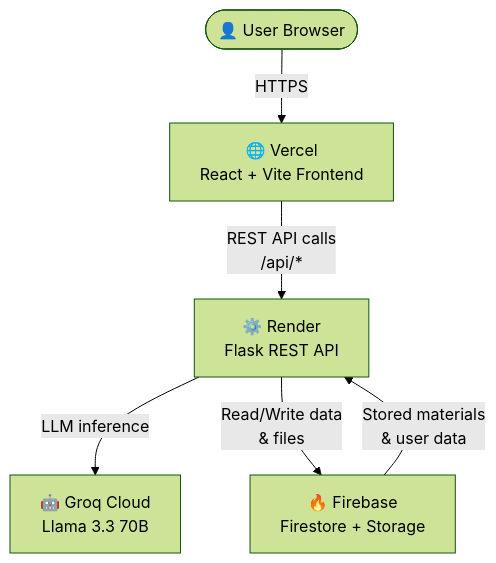
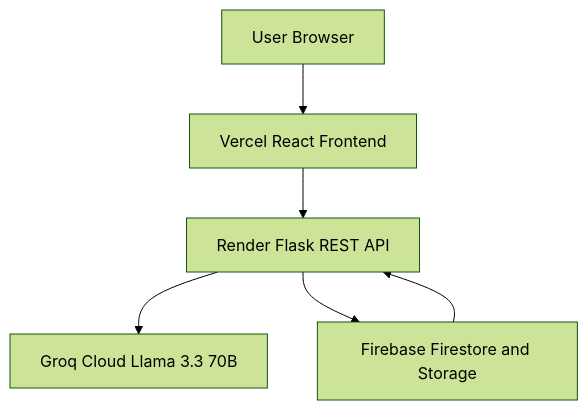
Before and after one commit to SUDHARSHANKUPPILI/StudyAI: the first of 2 diagrams in README.md, drawn with Mermaid (forest theme). The commit also changed other lines of this file, not shown here.

Commit message:
docs: simplify Mermaid diagrams to fix GitHub rendering parser crash

````diff
--- a/README.md
+++ b/README.md
@@ -114,14 +114,14 @@
 ```mermaid
-graph TB
-    User(["👤 User Browser"])
-    Vercel["🌐 Vercel\nReact + Vite Frontend"]
-    Render["⚙️ Render\nFlask REST API"]
-    Groq["🤖 Groq Cloud\nLlama 3.3 70B"]
-    Firebase["🔥 Firebase\nFirestore + Storage"]
+graph TD
+    User[User Browser]
+    Vercel[Vercel React Frontend]
+    Render[Render Flask REST API]
+    Groq[Groq Cloud Llama 3.3 70B]
+    Firebase[Firebase Firestore and Storage]
 
-    User -->|"HTTPS"| Vercel
-    Vercel -->|"REST API calls\n/api/*"| Render
-    Render -->|"LLM inference"| Groq
-    Render -->|"Read/Write data\n& files"| Firebase
-    Firebase -->|"Stored materials\n& user data"| Render
+    User --> Vercel
+    Vercel --> Render
+    Render --> Groq
+    Render --> Firebase
+    Firebase --> Render
 ```
````
